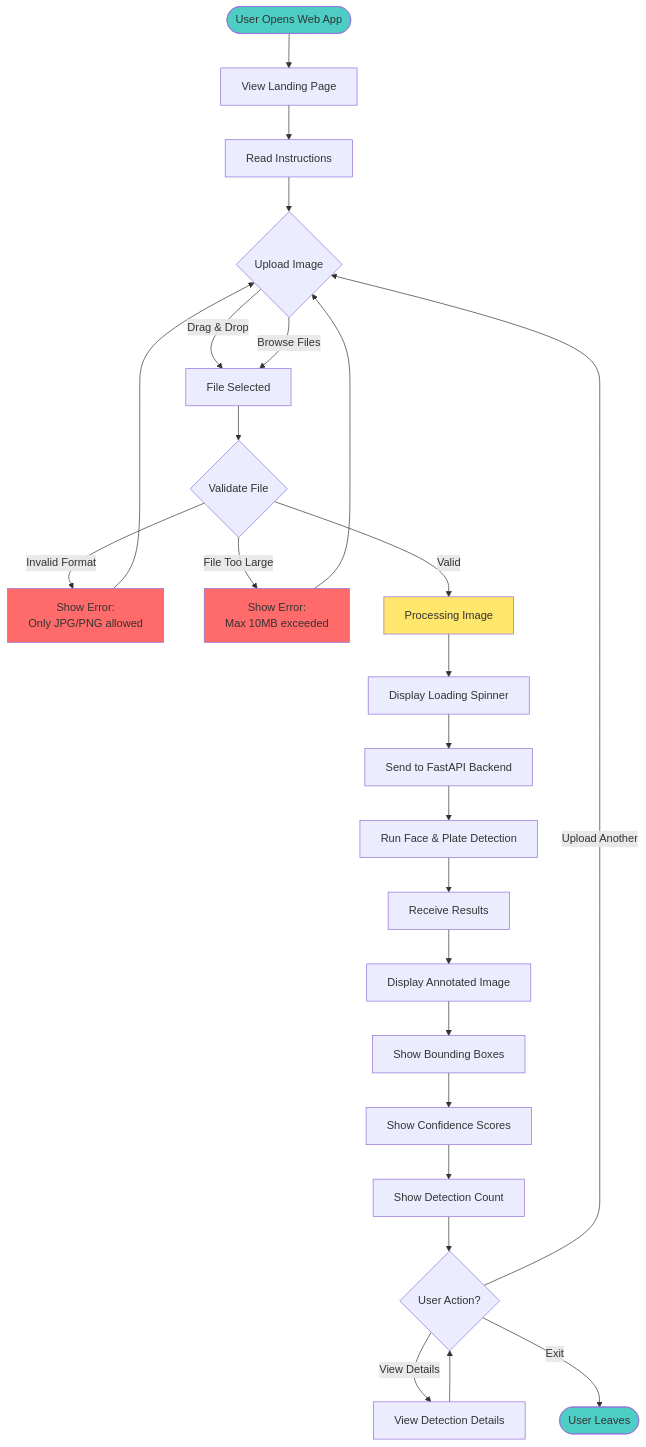
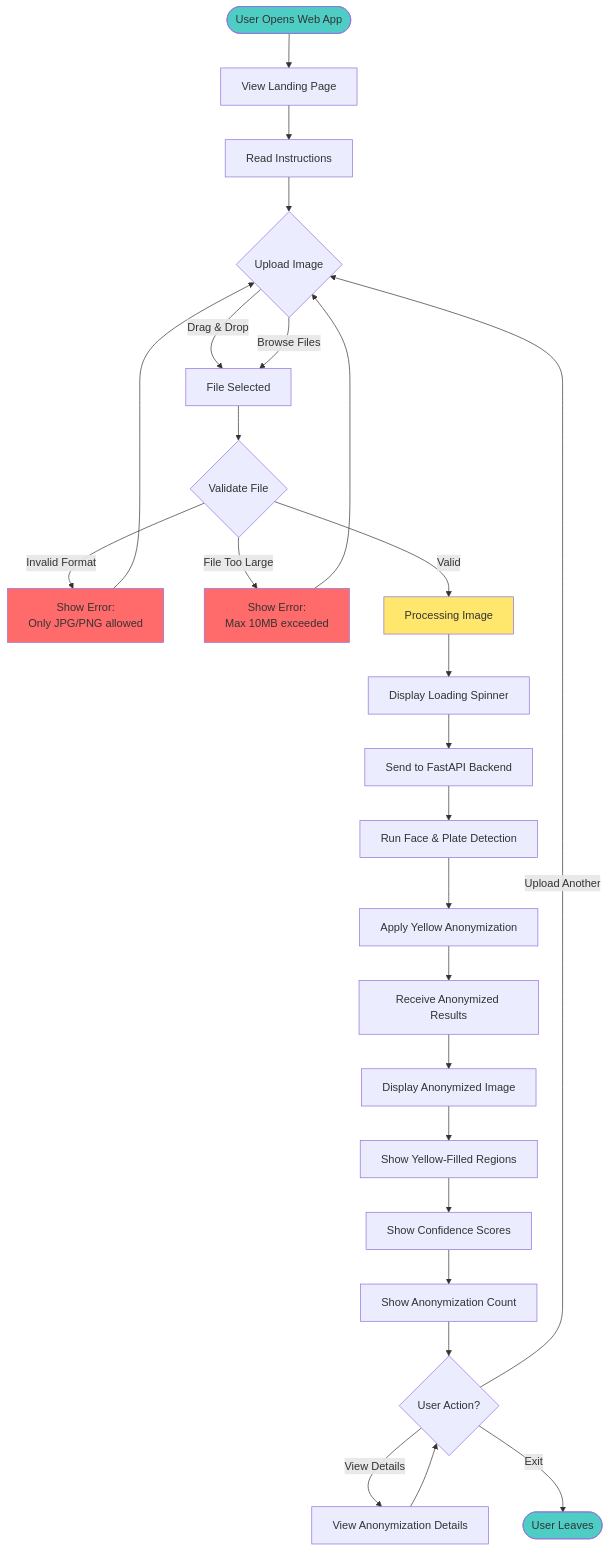
The third of 5 diagrams in docs/PROCESSES.md (FidFenix/htw-emerging-photo), drawn with Mermaid before and after one commit. The commit also changed other lines of this file and 4 other files, not shown here.

````diff
--- a/docs/PROCESSES.md
+++ b/docs/PROCESSES.md
@@ -94,42 +138,43 @@
 ```mermaid
 flowchart TD
     Start([User Opens Web App]) --> Landing[View Landing Page]
     Landing --> Instructions[Read Instructions]
     Instructions --> Upload{Upload Image}
     
     Upload -->|Drag & Drop| FileSelected[File Selected]
     Upload -->|Browse Files| FileSelected
     
     FileSelected --> Validate{Validate File}
     
     Validate -->|Invalid Format| ErrorFormat[Show Error:<br/>Only JPG/PNG allowed]
     Validate -->|File Too Large| ErrorSize[Show Error:<br/>Max 10MB exceeded]
     Validate -->|Valid| Processing[Processing Image]
     
     ErrorFormat --> Upload
     ErrorSize --> Upload
     
     Processing --> Spinner[Display Loading Spinner]
     Spinner --> APICall[Send to FastAPI Backend]
     APICall --> Detection[Run Face & Plate Detection]
-    Detection --> Results[Receive Results]
+    Detection --> Anonymization[Apply Yellow Anonymization]
+    Anonymization --> Results[Receive Anonymized Results]
     
-    Results --> Display[Display Annotated Image]
-    Display --> ShowBoxes[Show Bounding Boxes]
-    ShowBoxes --> ShowScores[Show Confidence Scores]
-    ShowScores --> ShowCount[Show Detection Count]
+    Results --> Display[Display Anonymized Image]
+    Display --> ShowYellowFill[Show Yellow-Filled Regions]
+    ShowYellowFill --> ShowScores[Show Confidence Scores]
+    ShowScores --> ShowCount[Show Anonymization Count]
     
     ShowCount --> UserAction{User Action?}
     
     UserAction -->|Upload Another| Upload
-    UserAction -->|View Details| Details[View Detection Details]
+    UserAction -->|View Details| Details[View Anonymization Details]
     UserAction -->|Exit| End([User Leaves])
     
     Details --> UserAction
     
     style Start fill:#4ecdc4
     style End fill:#4ecdc4
     style Processing fill:#ffe66d
     style ErrorFormat fill:#ff6b6b
     style ErrorSize fill:#ff6b6b
 ```
````
